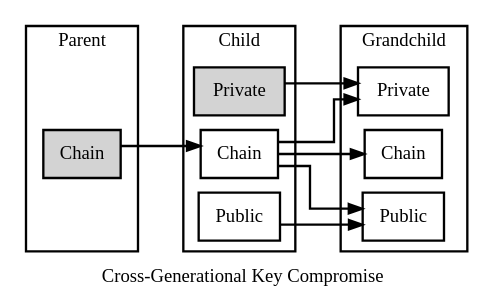
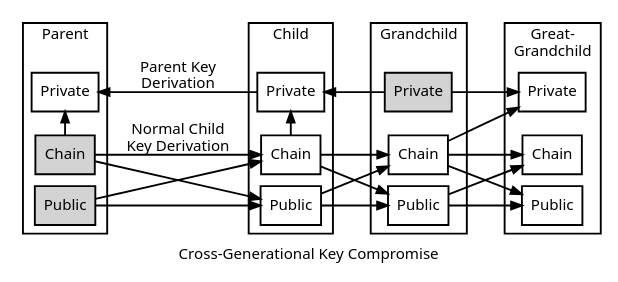
Before and after one commit to bitcoin-dot-org/Bitcoin.org: the diagram in img/dev/en-hd-cross-generational-key-compromise.dot, drawn with Graphviz. The commit also changed 10 other files, not shown here.

First line of the commit message:
Fix Formula For Normal HD Key Derivation; Mention Ancestor Key Risk

```diff
--- a/img/dev/en-hd-cross-generational-key-compromise.dot
+++ b/img/dev/en-hd-cross-generational-key-compromise.dot
@@ -1,49 +1,75 @@
 digraph extended {
 
 size=6.25;
 rankdir=LR;
 penwidth=1.75;
-node [ penwidth = 1.75, shape = "box" ];
-edge [ penwidth = 1.75 ];
+node [ fontname="Sans", penwidth = 1.75, shape = "box" ];
+edge [ fontname="Sans", penwidth = 1.75, style = "" ];
+graph [ fontname="Sans" ];
 nodesep=0.15;
-splines = ortho;
+splines = false;
 ranksep = 0.7;
 
 subgraph cluster_parent {
-    attacker_parent_private_key [ label = "Private", style = "invis" ];
-    attacker_parent_chain_code [ label = "Chain", style = "filled" ];
-    attacker_parent_public_key [ label = "Public", style = "invis" ];
+    parent_private_key [ label = "Private", style = "" ];
+    parent_chain_code [ label = "Chain", style = "filled" ];
+    parent_public_key [ label = "Public", style = "filled" ];
 
-    label = "Parent"
+    label = "Parent\n "
 }
 
 subgraph cluster_child {
-    attacker_child_private_key  [ label = "Private", style = "filled" ];
-    attacker_child_chain_code [ label = "Chain" ];
-    attacker_child_public_key [ label = "Public" ];
+    child_private_key  [ label = "Private" ];
+    child_chain_code [ label = "Chain" ];
+    child_public_key [ label = "Public" ];
 
-    label = "Child"
+    label = "Child\n "
 }
 
 subgraph cluster_grandchild {
-    attacker_grandchild_private_key [ label = "Private" ];
-    attacker_grandchild_chain_code [ label = "Chain" ];
-    attacker_grandchild_public_key [ label = "Public" ];
+    grandchild_private_key [ label = "Private", style = "filled" ];
+    grandchild_chain_code [ label = "Chain" ];
+    grandchild_public_key [ label = "Public" ];
 
-    label = "Grandchild"
+    label = "Grandchild\n "
+}
+
+subgraph cluster_greatgrandchild {
+    greatgrandchild_private_key [ label = "Private" ];
+    greatgrandchild_chain_code [ label = "Chain" ];
+    greatgrandchild_public_key [ label = "Public" ];
+
+    label = "Great-\nGrandchild"
 }
 
 
+parent_public_key -> child_public_key;
+parent_public_key -> child_chain_code;
+parent_chain_code -> child_chain_code [ label = "Normal Child\nKey Derivation", weight = 100 ];
+parent_chain_code -> child_public_key;
+parent_chain_code -> child_private_key [ style = "invis" ];
+parent_private_key -> child_private_key [ dir = "back", style = "", label = "Parent Key\nDerivation" ];
 
-attacker_parent_public_key -> attacker_child_public_key [ style = "invis" ];
-attacker_parent_chain_code -> attacker_child_chain_code;
-attacker_parent_chain_code -> attacker_child_public_key [ style = "invis" ];
-attacker_parent_private_key -> attacker_child_private_key [style = "invis" ];
+parent_chain_code -> parent_private_key [ constraint = false ];
 
-attacker_child_private_key -> attacker_grandchild_private_key;
-attacker_child_public_key  -> attacker_grandchild_public_key;
-attacker_child_chain_code -> attacker_grandchild_private_key;
-attacker_child_chain_code -> attacker_grandchild_public_key;
-attacker_child_chain_code -> attacker_grandchild_chain_code;
+child_private_key -> grandchild_private_key [ dir = "back", style = "" ];
+child_public_key -> grandchild_chain_code;
+child_public_key  -> grandchild_public_key;
+child_chain_code -> grandchild_private_key [ style = "invis" ];
+child_chain_code -> grandchild_public_key;
+child_chain_code -> grandchild_chain_code [ weight = 100 ];
+
+child_chain_code -> child_private_key [ constraint = false ]
+
+grandchild_private_key -> greatgrandchild_private_key;
+grandchild_public_key -> greatgrandchild_chain_code;
+grandchild_public_key  -> greatgrandchild_public_key;
+grandchild_chain_code -> greatgrandchild_private_key;
+grandchild_chain_code -> greatgrandchild_public_key;
+grandchild_chain_code -> greatgrandchild_chain_code [ weight = 100 ];
+
+grandchild_chain_code -> grandchild_private_key [ constraint = false, style = "invis" ]
+greatgrandchild_chain_code -> greatgrandchild_private_key [ constraint = false, style = "invis" ]
+
 label = "Cross-Generational Key Compromise"
 }
```
